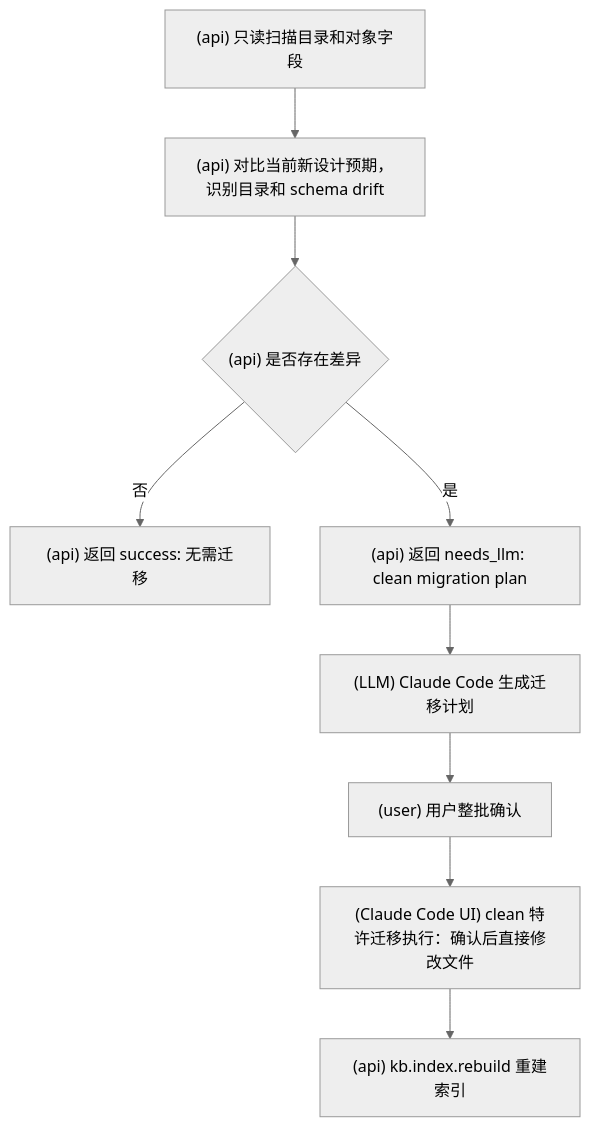
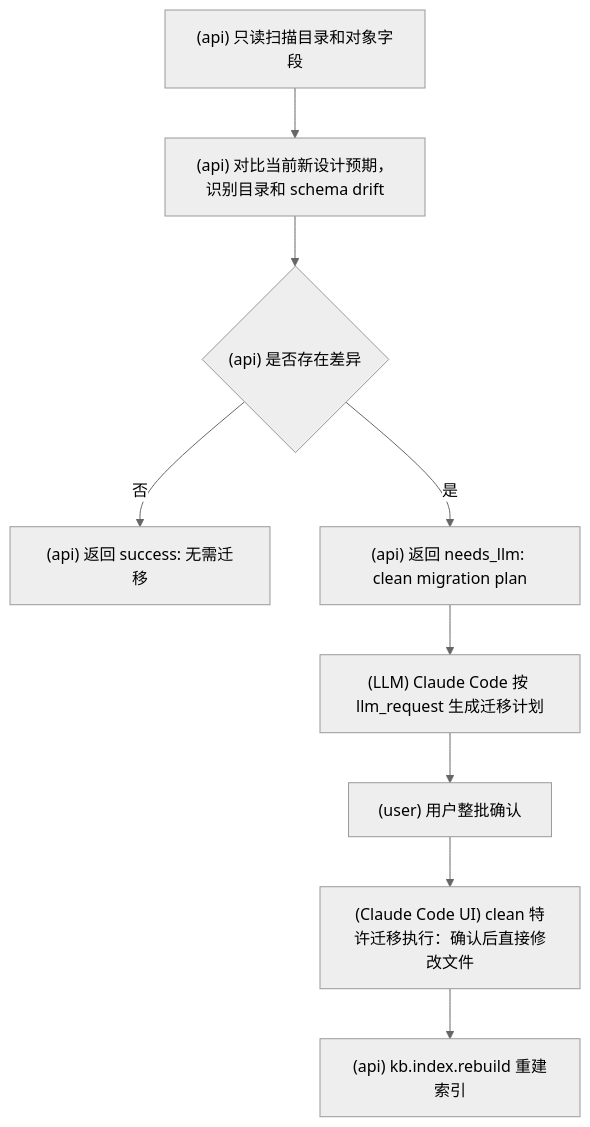
Diagram 21 of 21 in docs/流程图.md (srangerme/KBManager), drawn with Mermaid (neutral theme) before and after one commit. The commit also changed other lines of this file and 32 other files, not shown here.

````diff
--- a/docs/流程图.md
+++ b/docs/流程图.md
@@ -296,11 +299,11 @@
 ```mermaid
 flowchart TD
   A["(api) 只读扫描目录和对象字段"] --> B["(api) 对比当前新设计预期，识别目录和 schema drift"]
   B --> C{"(api) 是否存在差异"}
   C -- 否 --> D["(api) 返回 success: 无需迁移"]
   C -- 是 --> E["(api) 返回 needs_llm: clean migration plan"]
-  E --> F["(LLM) Claude Code 生成迁移计划"]
+  E --> F["(LLM) Claude Code 按 llm_request 生成迁移计划"]
   F --> G["(user) 用户整批确认"]
   G --> H["(Claude Code UI) clean 特许迁移执行：确认后直接修改文件"]
   H --> I["(api) kb.index.rebuild 重建索引"]
 ```
````
